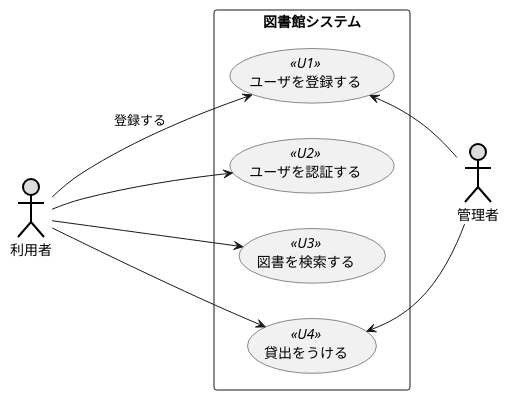
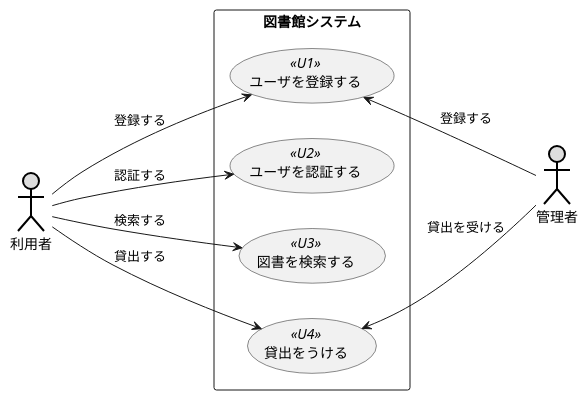
Before and after one commit to syutamorijyobi/uml-introduction: the diagram in 例題3_UC_図書館システム.pu, drawn with PlantUML.

Commit message:
例題３の編集

```diff
--- a/例題3_UC_図書館システム.pu
+++ b/例題3_UC_図書館システム.pu
@@ -1,17 +1,17 @@
 @startuml 例題3
 left to right direction
 actor 利用者#DDDDDD;line:black;line.bold;
 actor 管理者#DDDDDD;line:black;line.bold;
 rectangle 図書館システム {
 usecase ユーザを登録する << U1 >>
 usecase ユーザを認証する << U2 >>
 usecase 図書を検索する << U3 >>
 usecase 貸出をうける << U4 >>
 }
 利用者--> ユーザを登録する :登録する
-利用者---> ユーザを認証する
-利用者---> 図書を検索する
-利用者--> 貸出をうける
-ユーザを登録する <-- 管理者
-貸出をうける <-- 管理者
+利用者---> ユーザを認証する :認証する
+利用者---> 図書を検索する :検索する
+利用者--> 貸出をうける :貸出する
+ユーザを登録する <-- 管理者 :登録する
+貸出をうける <-- 管理者 :貸出を受ける
 @enduml
```
